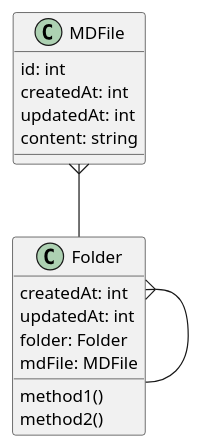
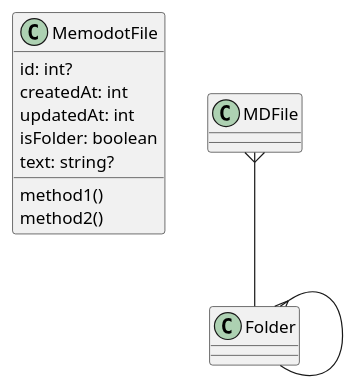
Before and after one commit to Kate941-su/memodot: the diagram in model.puml, drawn with PlantUML. The commit also changed 8 other files, not shown here.

```diff
--- a/model.puml
+++ b/model.puml
@@ -1,21 +1,15 @@
 @startuml
-class Folder {
- createdAt: int
- updatedAt: int
- folder: Folder
- mdFile: MDFile
- method1()
- method2()
-}
-
-class MDFile {
-  id: int
+class MemodotFile {
+  id: int?
   createdAt: int
   updatedAt: int
-  content: string
+  isFolder: boolean
+  text: string?
+  method1()
+  method2()
 }
 
 MDFile }-- Folder
 Folder }-- Folder
 
 @enduml
```
